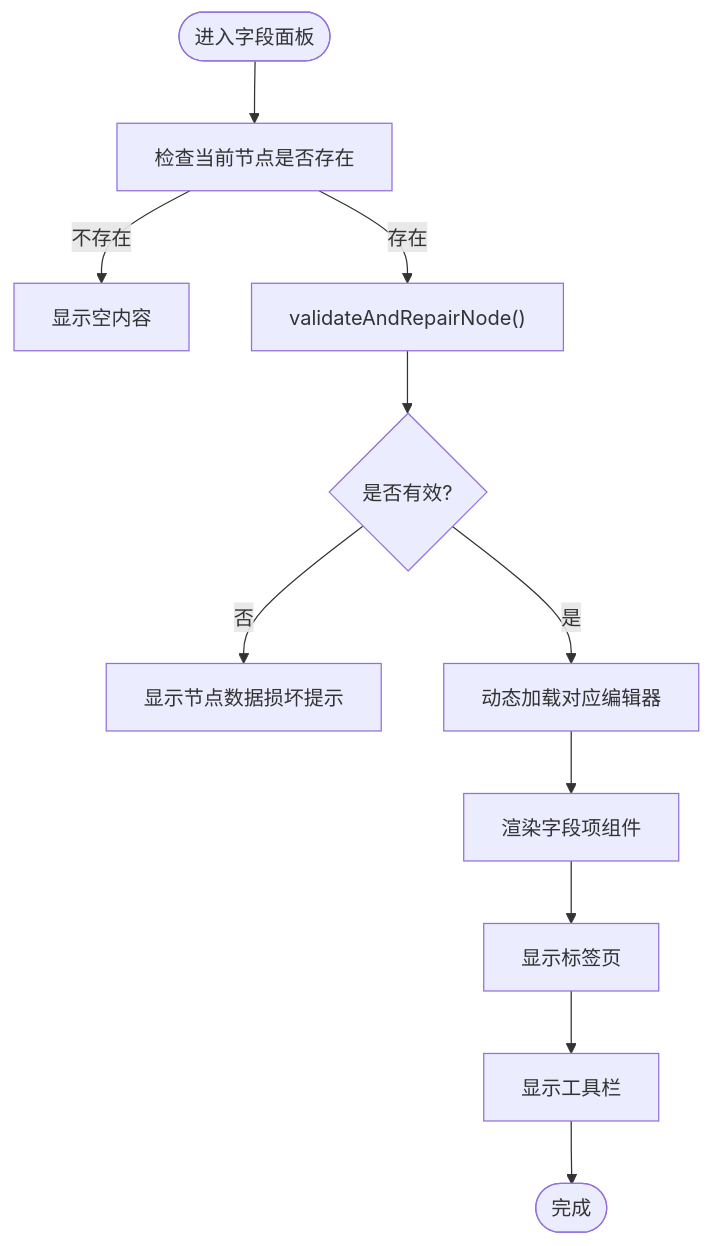
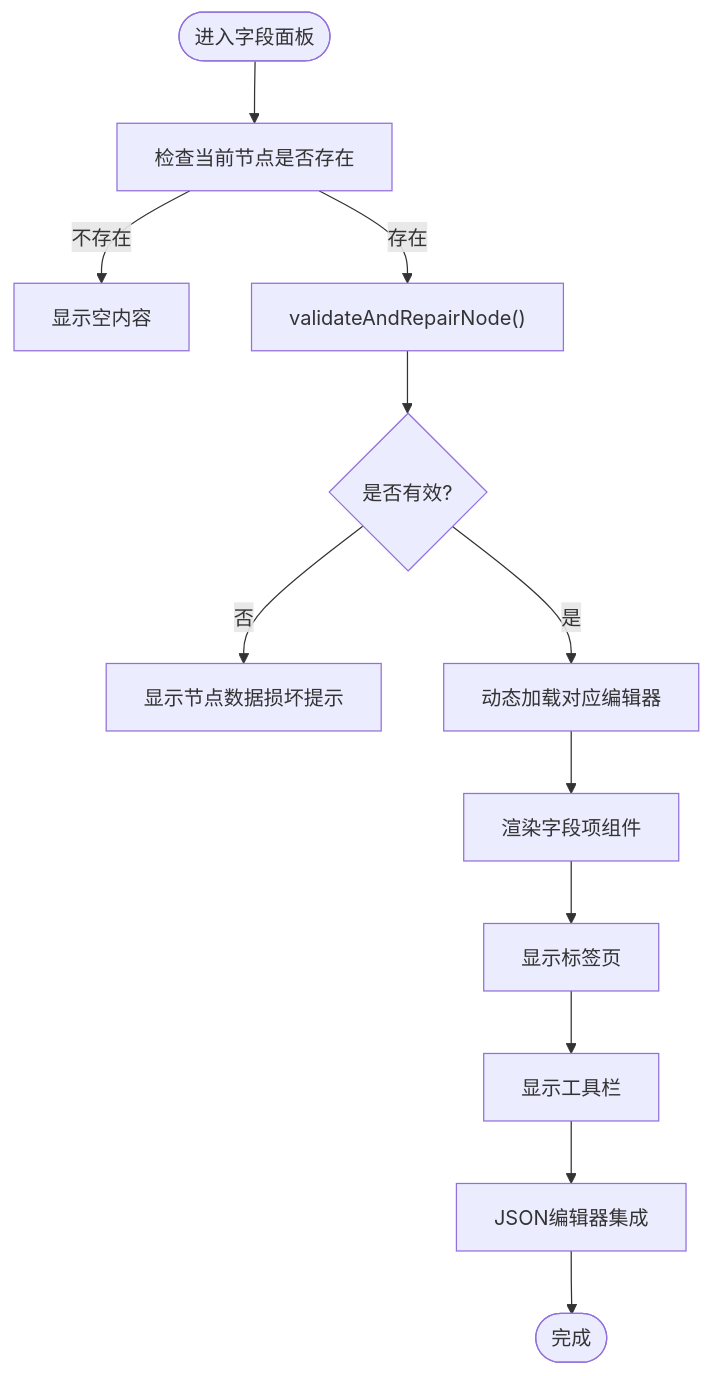
One commit to kqcoxn/MaaPipelineEditor changed the third of 8 diagrams in .qoder/repowiki/zh/content/用户界面/面板系统/字段面板.md. Above: the diagram before and after it, drawn with Mermaid. The commit also changed other lines of this file and 16 other files, not shown here.

````diff
--- a/.qoder/repowiki/zh/content/用户界面/面板系统/字段面板.md
+++ b/.qoder/repowiki/zh/content/用户界面/面板系统/字段面板.md
@@ -151,13 +174,14 @@
 ```mermaid
 flowchart TD
 Start(["进入字段面板"]) --> CheckNode["检查当前节点是否存在"]
 CheckNode --> |不存在| ShowEmpty["显示空内容"]
 CheckNode --> |存在| Validate["validateAndRepairNode()"]
 Validate --> Valid{"是否有效?"}
 Valid --> |否| ShowError["显示节点数据损坏提示"]
 Valid --> |是| LoadEditor["动态加载对应编辑器"]
 LoadEditor --> Render["渲染字段项组件"]
 Render --> Tabs["显示标签页"]
 Tabs --> Tools["显示工具栏"]
-Tools --> End(["完成"])
+Tools --> JSONEditor["JSON编辑器集成"]
+JSONEditor --> End(["完成"])
 ```
````
